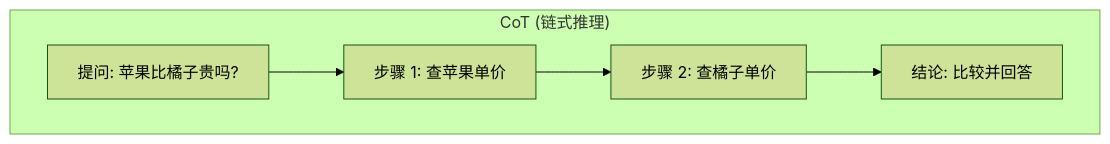
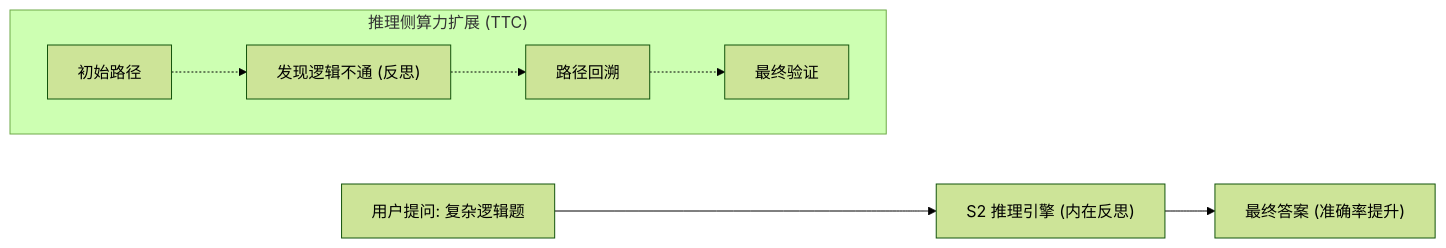
One commit to wangchong2023/lang-chain-graph changed diagram 17 of 34 in doc/AI_Knowledge_Roadmap.md. Above: the diagram before and after it, drawn with Mermaid (forest theme). The commit also changed other lines of this file and 2 other files, not shown here.

````diff
--- a/doc/AI_Knowledge_Roadmap.md
+++ b/doc/AI_Knowledge_Roadmap.md
@@ -643,7 +653,11 @@
 ```mermaid
 graph LR
-    subgraph CoT ["CoT (链式推理)"]
+    Input["用户提问: 复杂逻辑题"] --> S2["S2 推理引擎 (内在反思)"]
+    subgraph S2_Internal ["推理侧算力扩展 (TTC)"]
         direction LR
-        InputC["提问: 苹果比橘子贵吗?"] --> T1["步骤 1: 查苹果单价"] --> T2["步骤 2: 查橘子单价"] --> AnsC["结论: 比较并回答"]
+        Step1["初始路径"] -.-> Step2["发现逻辑不通 (反思)"]
+        Step2 -.-> Step3["路径回溯"]
+        Step3 -.-> Step4["最终验证"]
     end
+    S2 --> Output["最终答案 (准确率提升)"]
 ```
````
